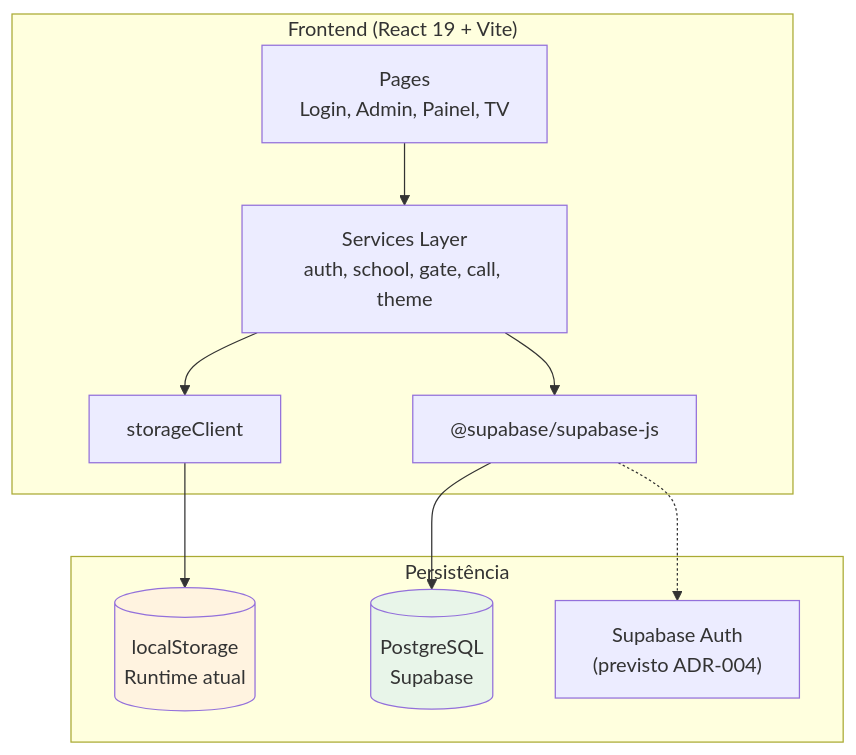
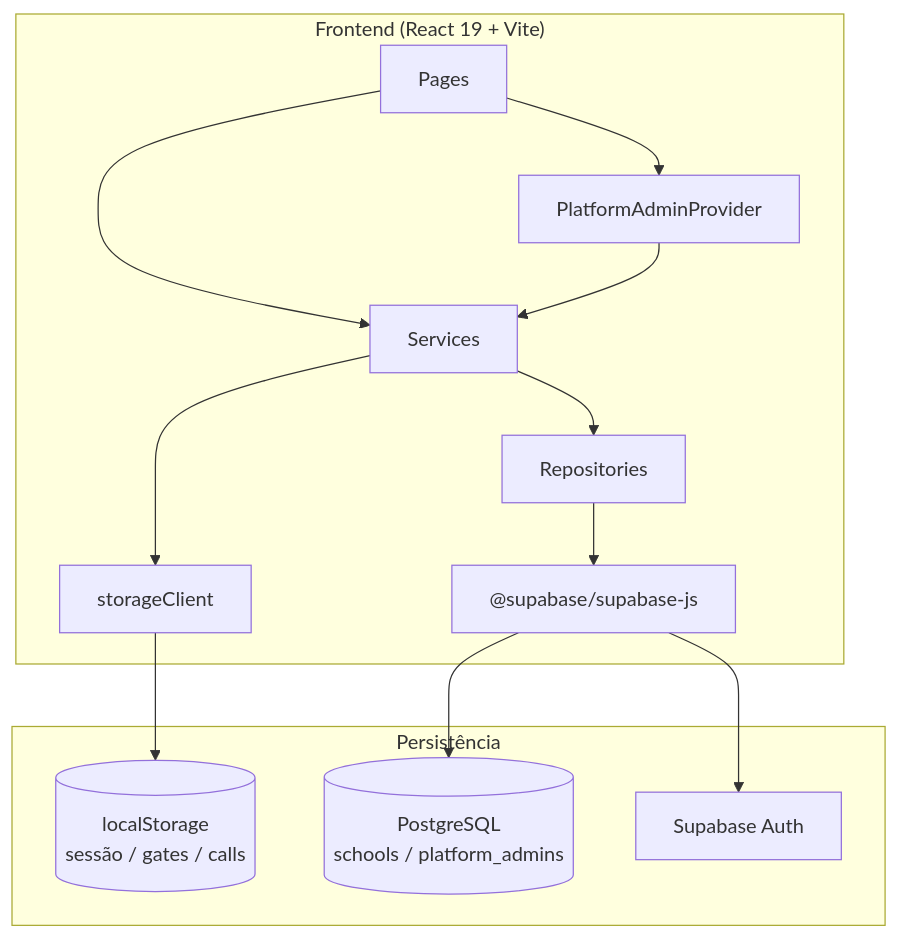
Before and after one commit to wesleytj/smart-exit-school: the diagram in docs/arquitetura.md, drawn with Mermaid. The commit also changed other lines of this file and 18 other files, not shown here.

````diff
--- a/docs/arquitetura.md
+++ b/docs/arquitetura.md
@@ -7,25 +10,27 @@
 ```mermaid
 graph TB
     subgraph Frontend["Frontend (React 19 + Vite)"]
-        Pages["Pages<br/>Login, Admin, Painel, TV"]
-        Services["Services Layer<br/>auth, school, gate, call, theme"]
+        Pages["Pages"]
+        Provider["PlatformAdminProvider"]
+        Services["Services"]
+        Repos["Repositories"]
         StorageClient["storageClient"]
         SupabaseJS["@supabase/supabase-js"]
     end
 
     subgraph Persistence["Persistência"]
-        LS[("localStorage<br/>Runtime atual")]
-        PG[("PostgreSQL<br/>Supabase")]
-        Auth["Supabase Auth<br/>(previsto ADR-004)"]
+        LS[("localStorage<br/>sessão / gates / calls")]
+        PG[("PostgreSQL<br/>schools / platform_admins")]
+        Auth["Supabase Auth"]
     end
 
     Pages --> Services
+    Pages --> Provider
+    Provider --> Services
+    Services --> Repos
     Services --> StorageClient
-    Services --> SupabaseJS
+    Repos --> SupabaseJS
+    SupabaseJS --> PG
+    SupabaseJS --> Auth
     StorageClient --> LS
-    SupabaseJS --> PG
-    SupabaseJS -.-> Auth
-
-    style PG fill:#e8f5e9
-    style LS fill:#fff3e0
 ```
````
